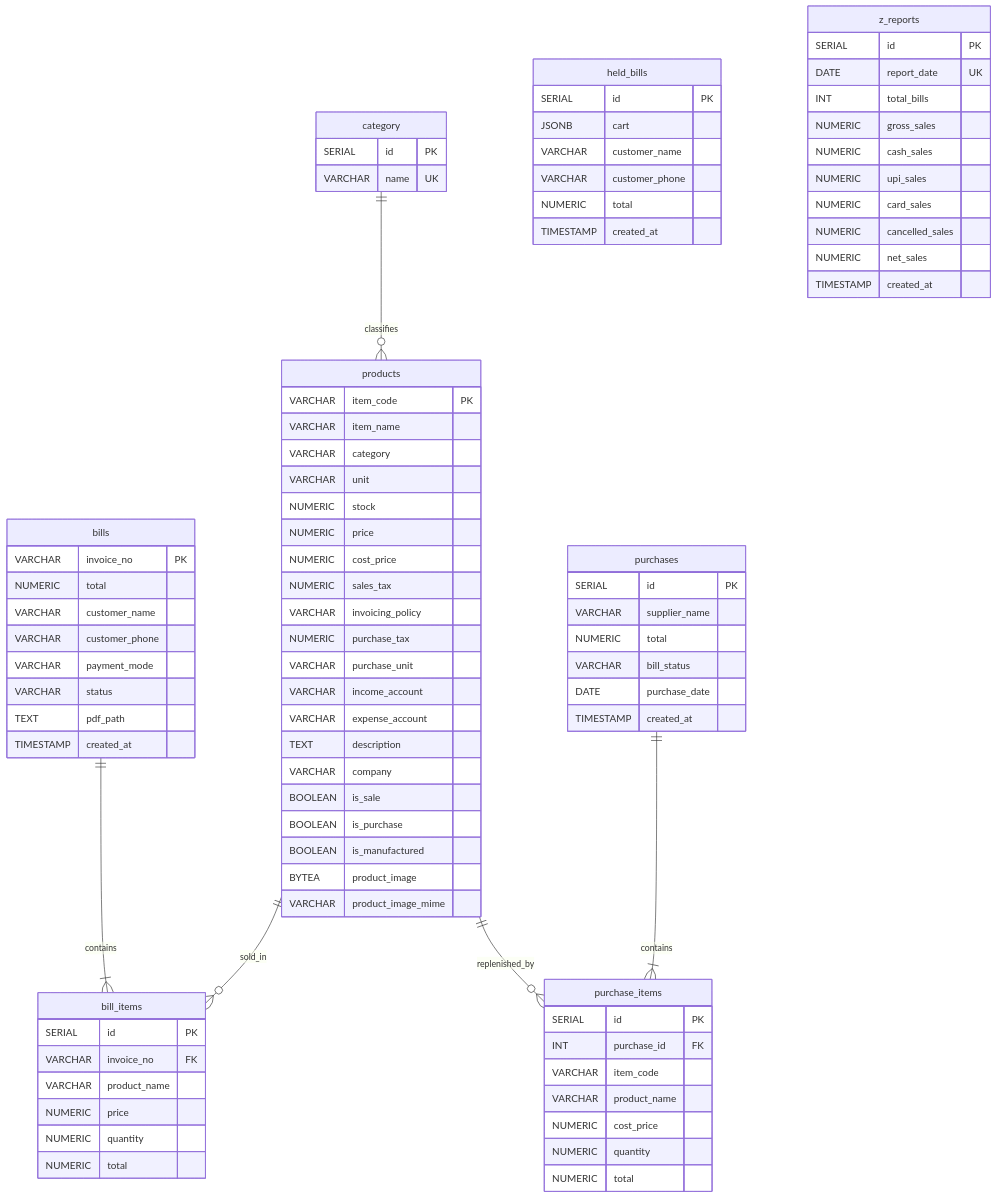
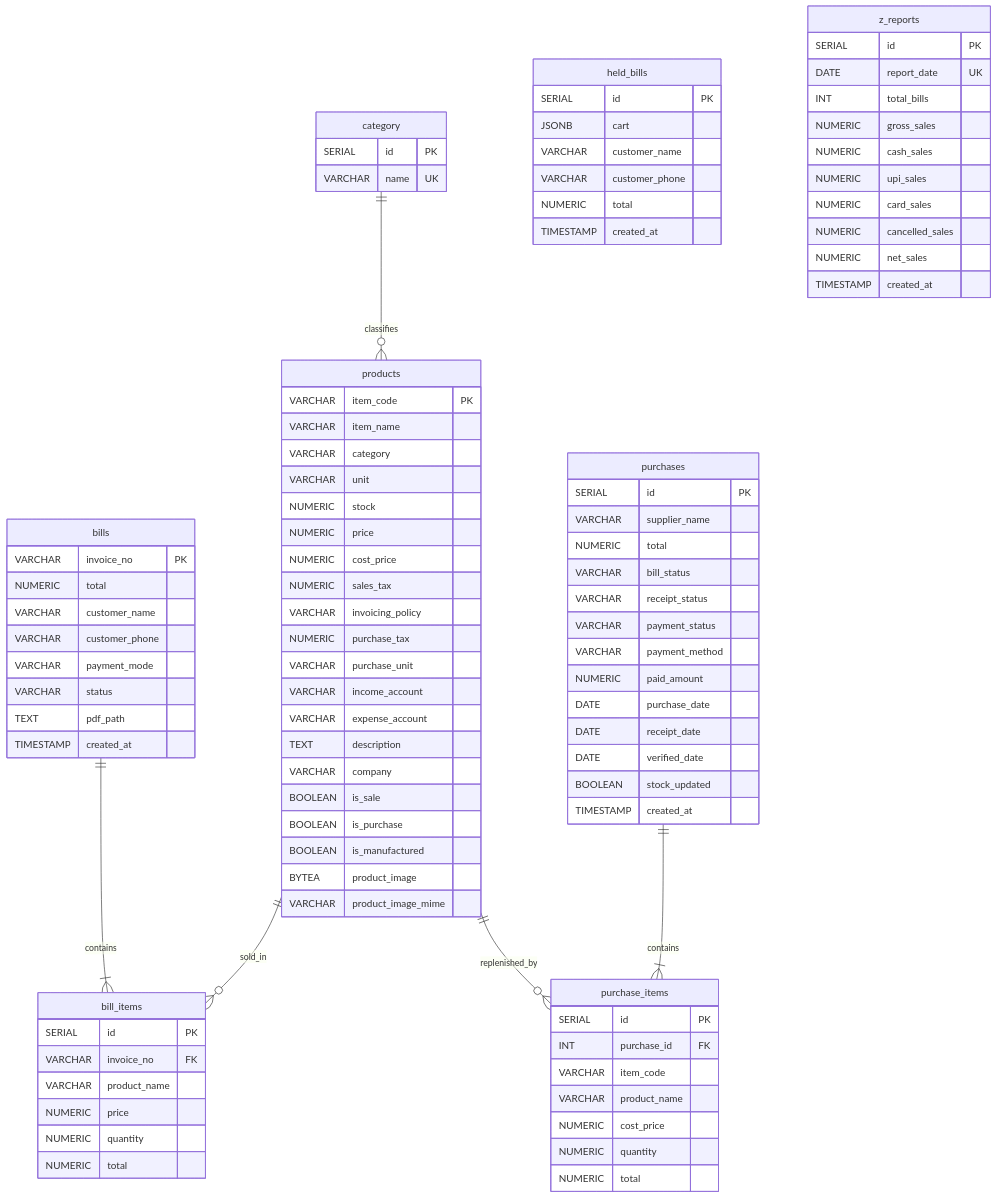
One commit to NafeesaMisriya/Pandas_ERP changed the second of 2 diagrams in README.md. Above: the diagram before and after it, drawn with Mermaid. The commit also changed other lines of this file, not shown here.

```diff
--- a/README.md
+++ b/README.md
@@ -183,7 +197,14 @@
         VARCHAR supplier_name
         NUMERIC total
         VARCHAR bill_status
+        VARCHAR receipt_status
+        VARCHAR payment_status
+        VARCHAR payment_method
+        NUMERIC paid_amount
         DATE purchase_date
+        DATE receipt_date
+        DATE verified_date
+        BOOLEAN stock_updated
         TIMESTAMP created_at
     }
 
```
